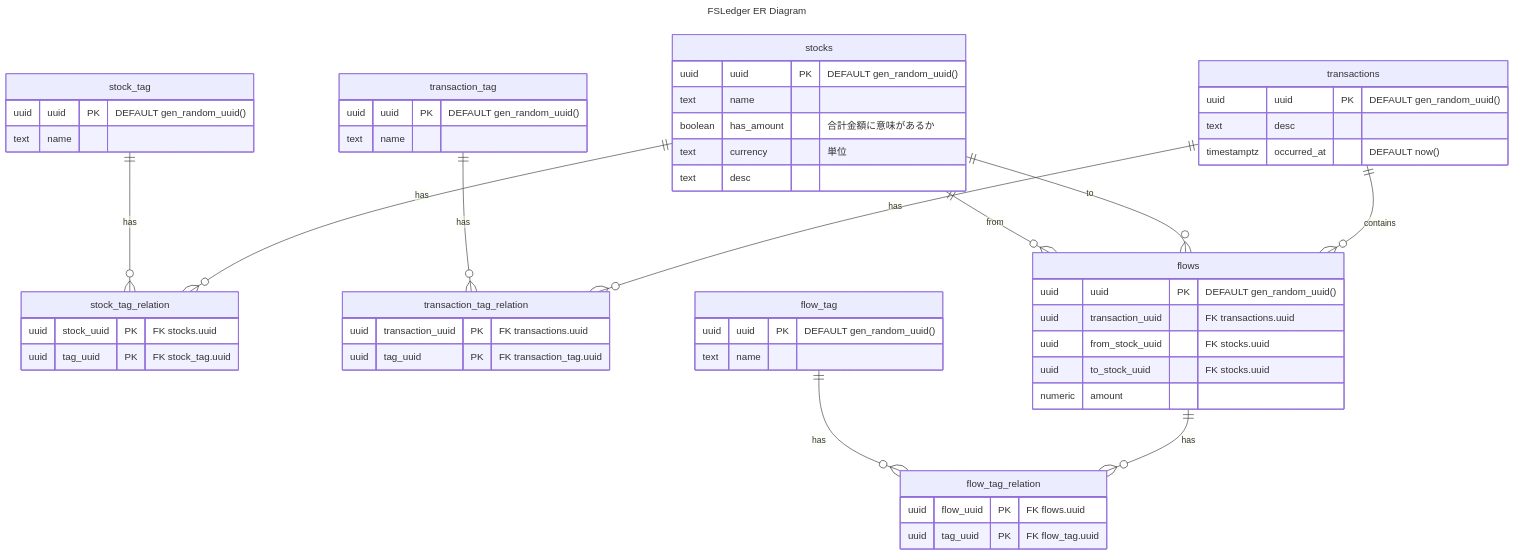
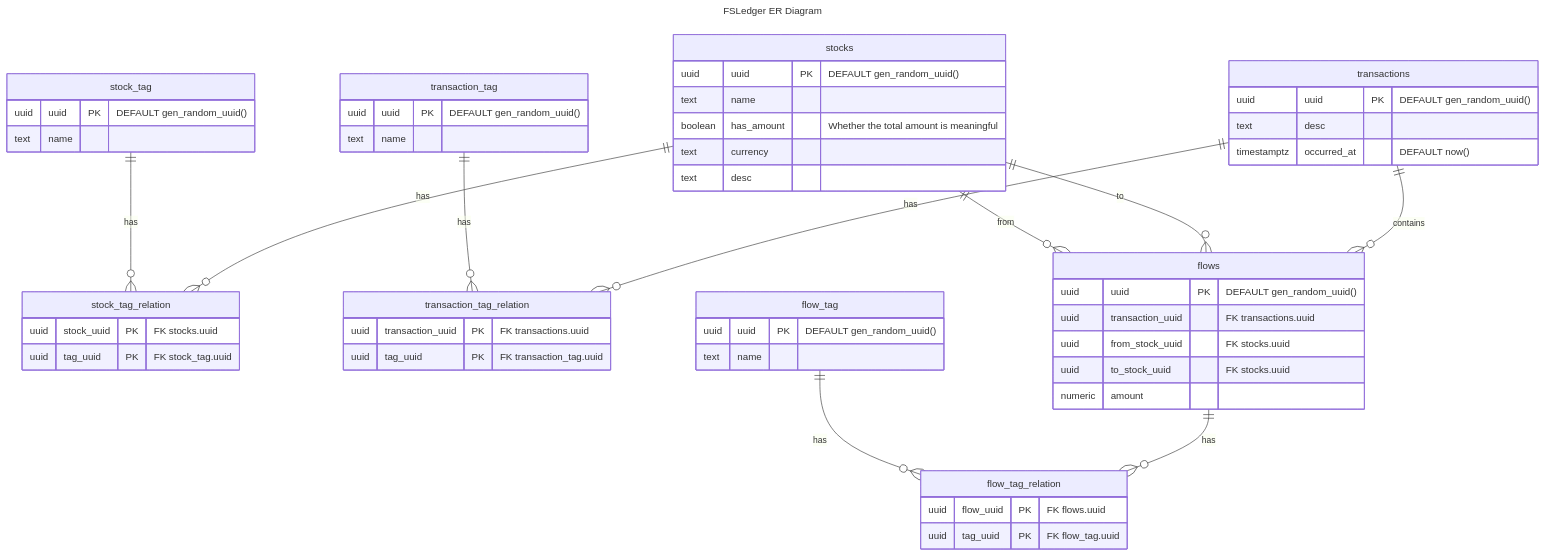
One commit to M-Haruki/fsledger changed the diagram in README.md. Above: the diagram before and after it, drawn with Mermaid.

Commit message:
fix er diagram

````diff
--- a/README.md
+++ b/README.md
@@ -11,71 +11,71 @@
 ```mermaid
 ---
 title: "FSLedger ER Diagram"
 ---
 
 erDiagram
     stocks{
         uuid uuid PK "DEFAULT gen_random_uuid()"
         text name
-        boolean has_amount "合計金額に意味があるか"
-        text currency "単位"
+        boolean has_amount "Whether the total amount is meaningful"
+        text currency
         text desc
     }
 
     stock_tag{
         uuid uuid PK "DEFAULT gen_random_uuid()"
         text name
     }
 
     stock_tag_relation{
         uuid stock_uuid PK "FK stocks.uuid"
         uuid tag_uuid PK "FK stock_tag.uuid"
     }
     
     transactions{
         uuid uuid PK "DEFAULT gen_random_uuid()"
         text desc
         timestamptz occurred_at "DEFAULT now()"
     }
 
     transaction_tag{
         uuid uuid PK "DEFAULT gen_random_uuid()"
         text name
     }
 
     transaction_tag_relation{
         uuid transaction_uuid PK "FK transactions.uuid"
         uuid tag_uuid PK "FK transaction_tag.uuid"
     }
 
     flows{
         uuid uuid PK "DEFAULT gen_random_uuid()"
         uuid transaction_uuid "FK transactions.uuid"
         uuid from_stock_uuid "FK stocks.uuid"
         uuid to_stock_uuid "FK stocks.uuid"
         numeric amount
     }
 
     flow_tag{
         uuid uuid PK "DEFAULT gen_random_uuid()"
         text name
     }
 
     flow_tag_relation{
         uuid flow_uuid PK "FK flows.uuid"
         uuid tag_uuid PK "FK flow_tag.uuid"
     }
 
     stocks ||--o{ stock_tag_relation : has
     stock_tag ||--o{ stock_tag_relation : has
 
     transactions ||--o{ transaction_tag_relation : has
     transaction_tag ||--o{ transaction_tag_relation : has
 
     flows ||--o{ flow_tag_relation : has
     flow_tag ||--o{ flow_tag_relation : has
 
     transactions ||--o{ flows : contains
     stocks ||--o{ flows : "to"
     stocks ||--o{ flows : "from"
 ```
````
